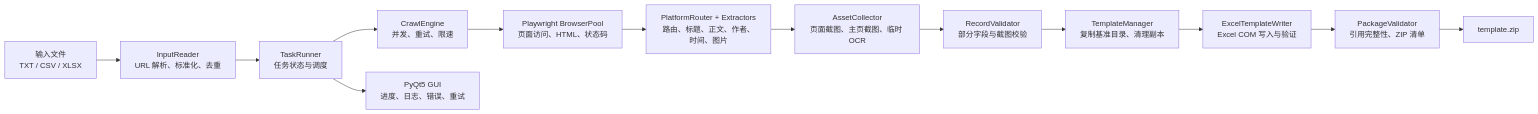
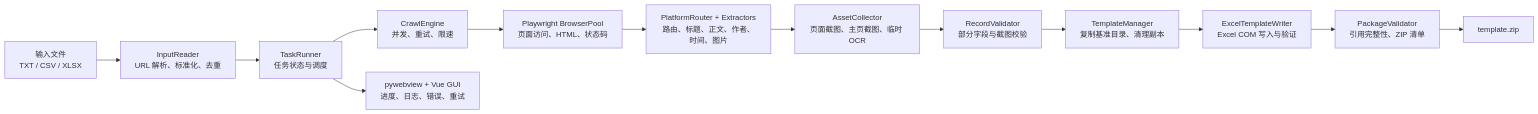
The diagram in design.md (baixiang-satr/PublicOpinionVerificationReport), drawn with Mermaid before and after one commit. The commit also changed other lines of this file and 8 other files, not shown here.

````diff
--- a/design.md
+++ b/design.md
@@ -51,15 +51,15 @@
 ```mermaid
 flowchart LR
     A["输入文件\nTXT / CSV / XLSX"] --> B["InputReader\nURL 解析、标准化、去重"]
     B --> C["TaskRunner\n任务状态与调度"]
     C --> D["CrawlEngine\n并发、重试、限速"]
     D --> E["Playwright BrowserPool\n页面访问、HTML、状态码"]
     E --> F["PlatformRouter + Extractors\n路由、标题、正文、作者、时间、图片"]
     F --> G["AssetCollector\n页面截图、主页截图、临时 OCR"]
     G --> H["RecordValidator\n部分字段与截图校验"]
     H --> I["TemplateManager\n复制基准目录、清理副本"]
     I --> J["ExcelTemplateWriter\nExcel COM 写入与验证"]
     J --> K["PackageValidator\n引用完整性、ZIP 清单"]
     K --> L["template.zip"]
-    C --> M["PyQt5 GUI\n进度、日志、错误、重试"]
+    C --> M["pywebview + Vue GUI\n进度、日志、错误、重试"]
 ```
````
